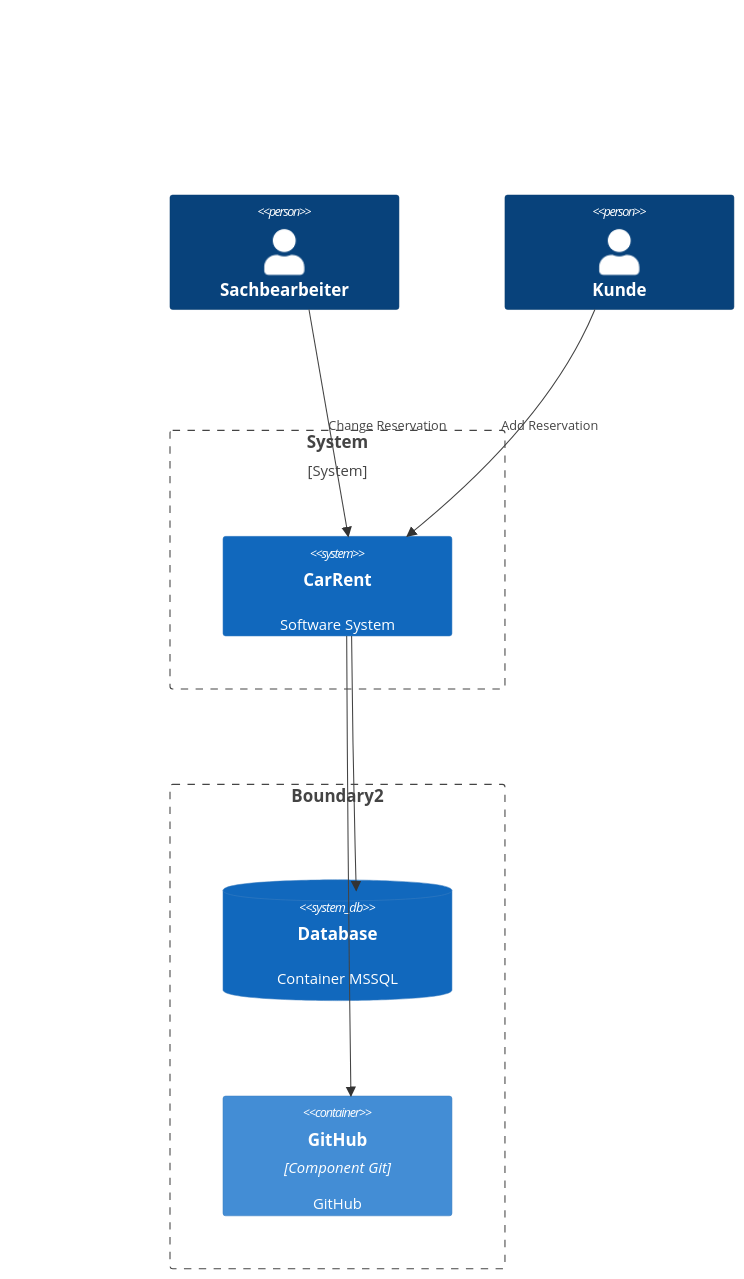
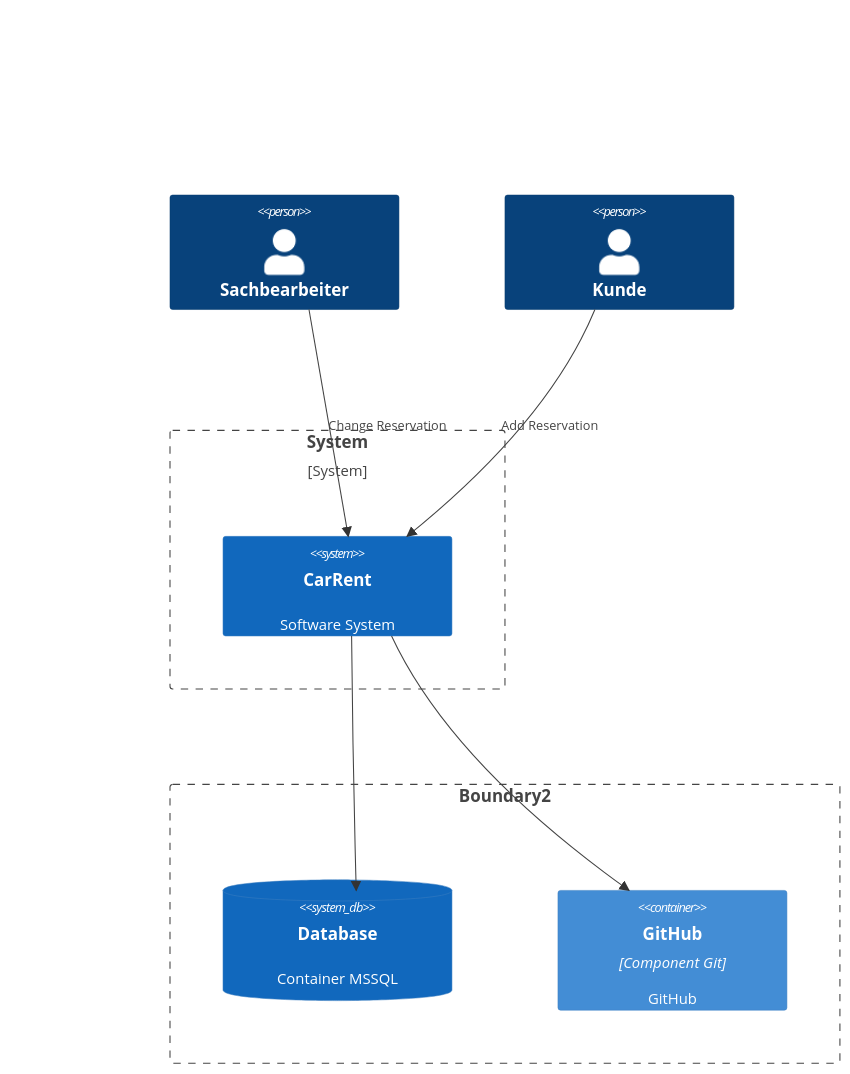
Before and after one commit to tsolenthaler/zbw-sad-carrent2124: the first of 2 diagrams in README.md, drawn with Mermaid.

Commit message:
fix Layout ShapeInRow

````diff
--- a/README.md
+++ b/README.md
@@ -6,21 +6,21 @@
 ```mermaid
 C4Context
     Person(Sachbearbeiter, "Sachbearbeiter")
      Person(Kunde, "Kunde")
 
     Boundary(b1, "System", "System") {
         System(CarRent, "CarRent", "Software System")
     }
 
     Boundary(b2, "Boundary2", "") {
         SystemDb(Database, "Database", "Container MSSQL")
         Container(github, "GitHub", "Component Git", "GitHub")
     }
 
     Rel(Sachbearbeiter, CarRent, "Change Reservation")
     Rel(Kunde, CarRent, "Add Reservation")
     Rel(CarRent, Database, "")
     Rel(CarRent, github, "")
 
-    UpdateLayoutConfig($c4ShapeInRow="2", $c4BoundaryInRow="1")
+    UpdateLayoutConfig($c4ShapeInRow="3", $c4BoundaryInRow="1")
 ```
````
